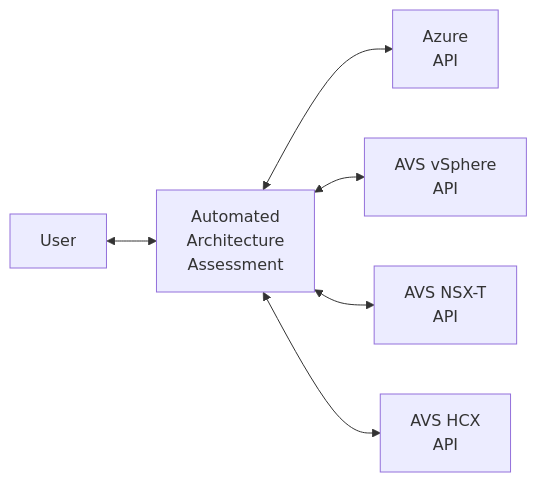
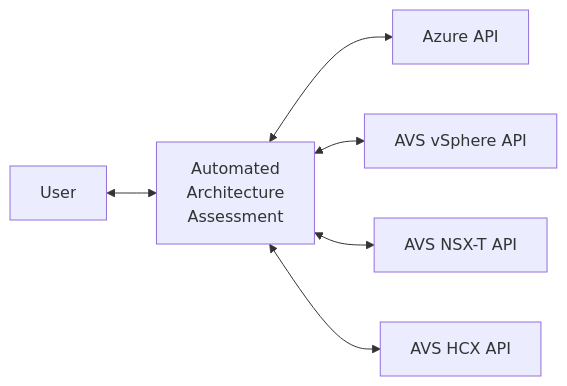
The diagram in BrownField/Auto-assessment/readme.md (Azure/Enterprise-Scale-for-AVS), drawn with Mermaid before and after one commit.

Commit message:
Fix formatting of API references in readme.md for clarity

````diff
--- a/BrownField/Auto-assessment/readme.md
+++ b/BrownField/Auto-assessment/readme.md
@@ -30,15 +30,11 @@
 ```mermaid
 flowchart LR
 
 A[User] <--> B[Automated
 Architecture
 Assessment]
-B <--> C[Azure
-API]
-B <--> D[AVS vSphere
-API]
-B <--> E[AVS NSX-T
-API]
-B <--> F[AVS HCX
-API]
+B <--> C[Azure API]
+B <--> D[AVS vSphere API]
+B <--> E[AVS NSX-T API]
+B <--> F[AVS HCX API]
 ```
````
